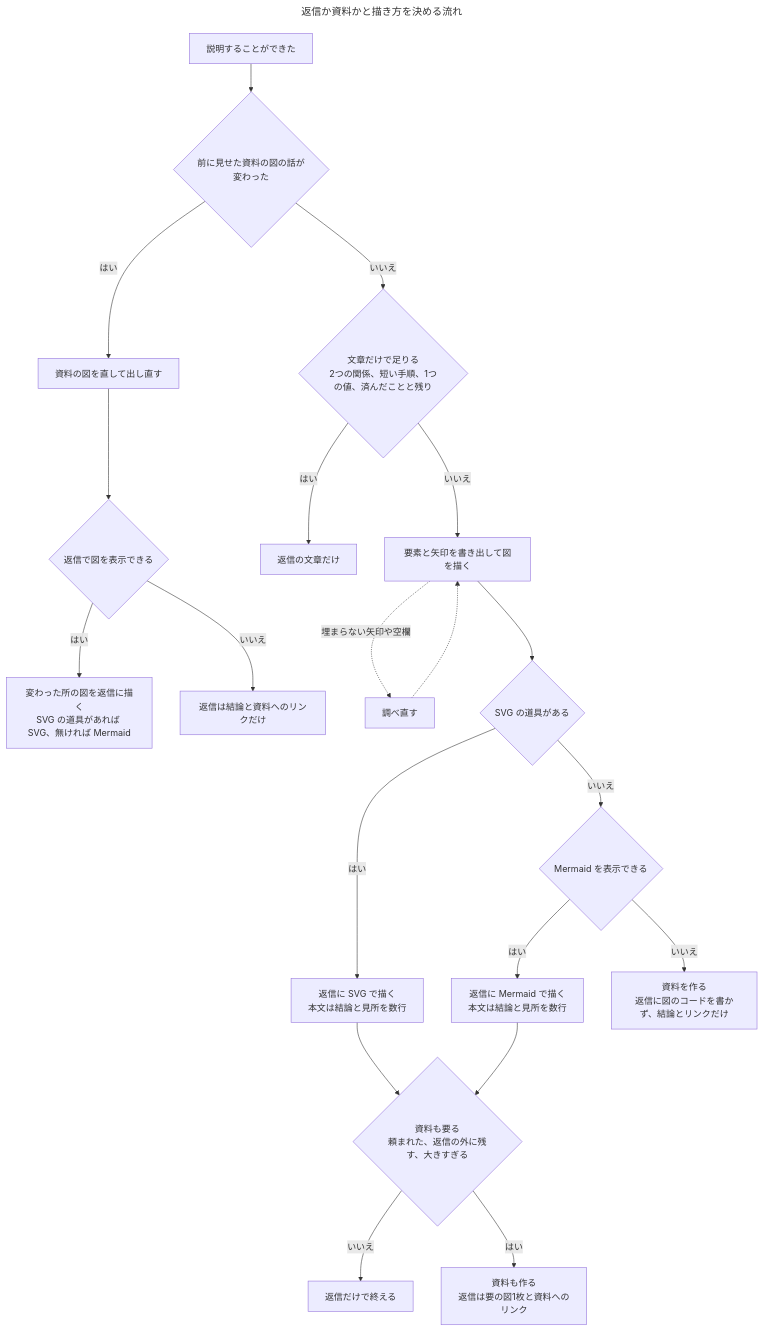
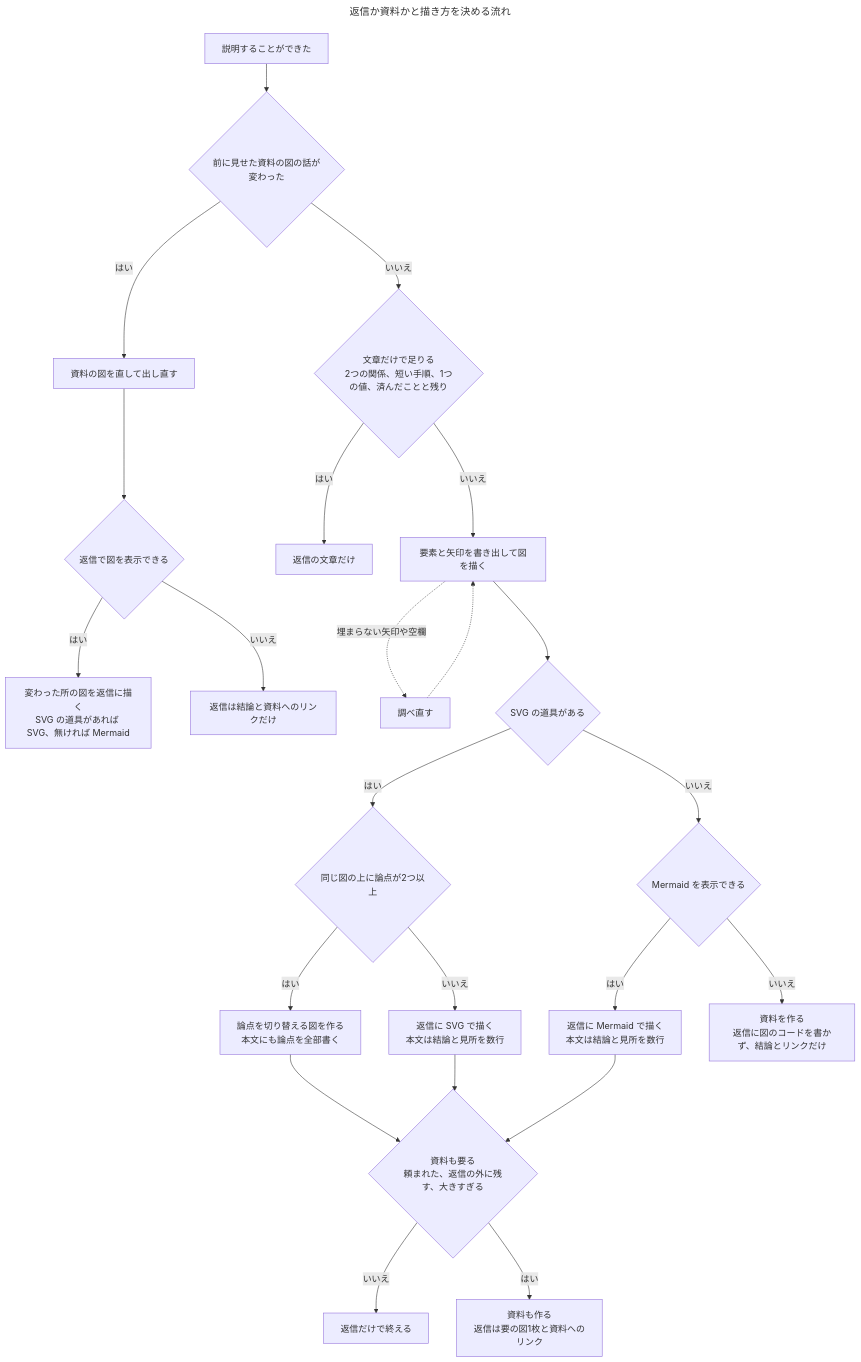
One commit to u-ichi/agent-plugins changed the diagram in plugins/figure-docs/skills/figure-docs/SKILL.md. Above: the diagram before and after it, drawn with Mermaid. The commit also changed other lines of this file and 4 other files, not shown here.

First line of the commit message:
figure-docs: 同じ図の上の論点を切り替えて見せる描き方を足す

````diff
--- a/plugins/figure-docs/skills/figure-docs/SKILL.md
+++ b/plugins/figure-docs/skills/figure-docs/SKILL.md
@@ -42,24 +51,27 @@
 ```mermaid
 ---
 title: 返信か資料かと描き方を決める流れ
 ---
 flowchart TB
   A[説明することができた] --> H{前に見せた資料の図の話が変わった}
   H -- はい --> I[資料の図を直して出し直す]
   I --> J{返信で図を表示できる}
   J -- はい --> K["変わった所の図を返信に描く<br>SVG の道具があれば SVG、無ければ Mermaid"]
   J -- いいえ --> L[返信は結論と資料へのリンクだけ]
   H -- いいえ --> B{"文章だけで足りる<br>2つの関係、短い手順、1つの値、済んだことと残り"}
   B -- はい --> T[返信の文章だけ]
   B -- いいえ --> C[要素と矢印を書き出して図を描く]
   C -. 埋まらない矢印や空欄 .-> R[調べ直す] -.-> C
   C --> D1{SVG の道具がある}
-  D1 -- はい --> D2["返信に SVG で描く<br>本文は結論と見所を数行"]
+  D1 -- はい --> P{同じ図の上に論点が2つ以上}
+  P -- はい --> P2["論点を切り替える図を作る<br>本文にも論点を全部書く"]
+  P -- いいえ --> D2["返信に SVG で描く<br>本文は結論と見所を数行"]
   D1 -- いいえ --> D3{Mermaid を表示できる}
   D3 -- はい --> D4["返信に Mermaid で描く<br>本文は結論と見所を数行"]
   D3 -- いいえ --> G2["資料を作る<br>返信に図のコードを書かず、結論とリンクだけ"]
+  P2 --> E
   D2 --> E{"資料も要る<br>頼まれた、返信の外に残す、大きすぎる"}
   D4 --> E
   E -- いいえ --> F[返信だけで終える]
   E -- はい --> G1["資料も作る<br>返信は要の図1枚と資料へのリンク"]
 ```
````
